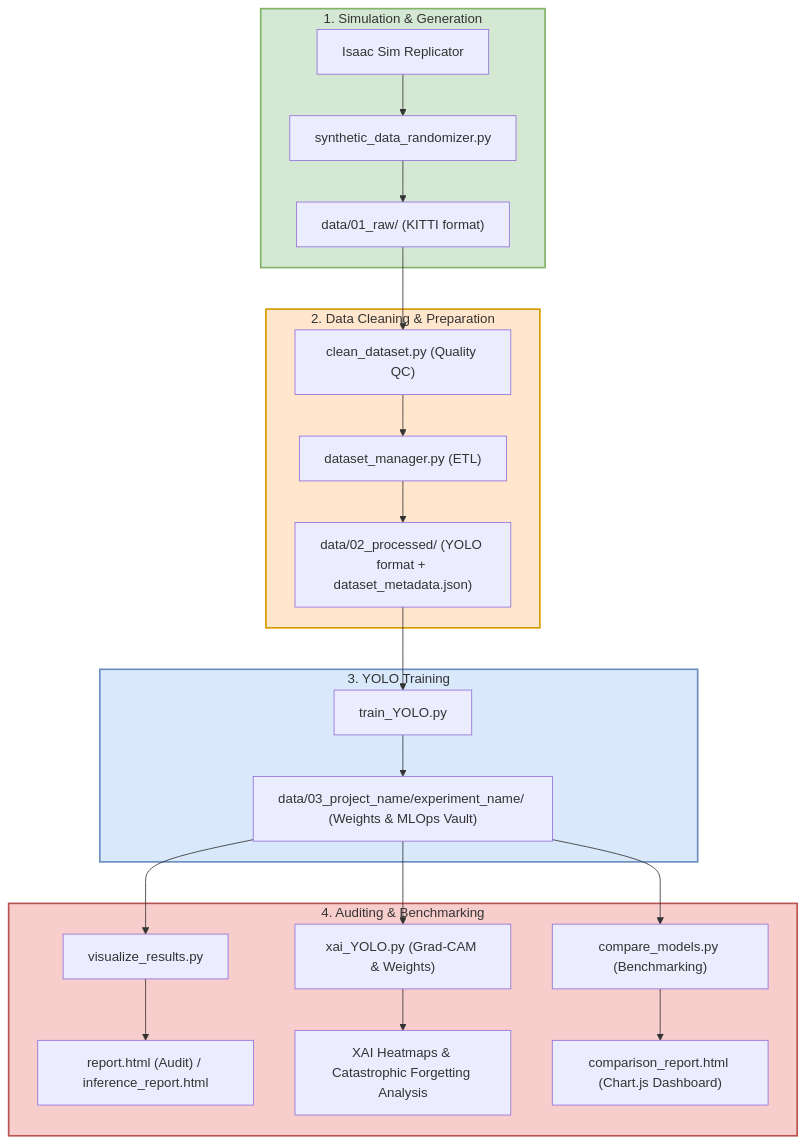
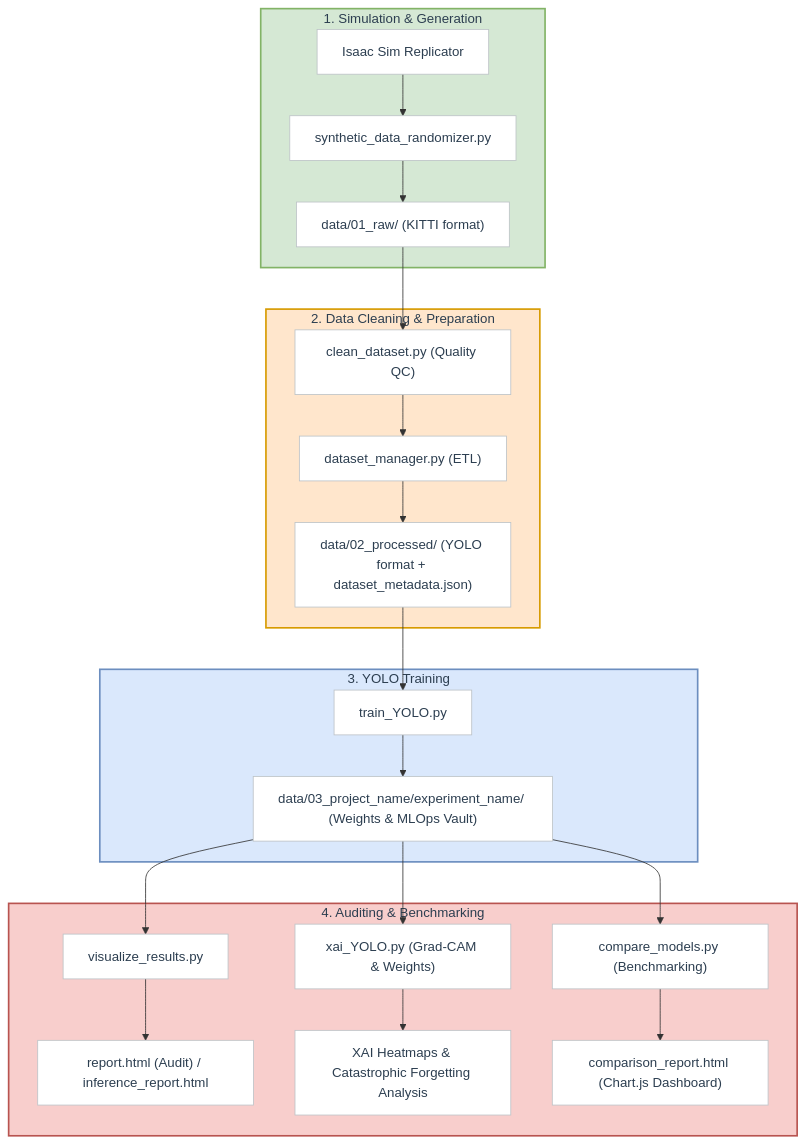
Before and after one commit to IGL5/Sim-to-Real-Isaac-Sim: the diagram in README.md, drawn with Mermaid.

Commit message:
docs: Update README for dark mode visualization

````diff
--- a/README.md
+++ b/README.md
@@ -13,32 +13,34 @@
 ```mermaid
 flowchart TD
+    classDef default color:#2c3e50,fill:#ffffff,stroke:#bdc3c7;
+
     subgraph Simulation [1. Simulation & Generation]
         A["Isaac Sim Replicator"] --> B["synthetic_data_randomizer.py"]
         B --> C["data/01_raw/ (KITTI format)"]
     end
 
     subgraph DataPrep [2. Data Cleaning & Preparation]
         C --> D["clean_dataset.py (Quality QC)"]
         D --> E["dataset_manager.py (ETL)"]
         E --> F["data/02_processed/ (YOLO format + dataset_metadata.json)"]
     end
 
     subgraph Training [3. YOLO Training]
         F --> G["train_YOLO.py"]
         G --> H["data/03_project_name/experiment_name/ (Weights & MLOps Vault)"]
     end
 
     subgraph Evaluation [4. Auditing & Benchmarking]
         H --> I["visualize_results.py"]
         H --> J["xai_YOLO.py (Grad-CAM & Weights)"]
         H --> K["compare_models.py (Benchmarking)"]
         I --> L["report.html (Audit) / inference_report.html"]
         J --> M["XAI Heatmaps & Catastrophic Forgetting Analysis"]
         K --> N["comparison_report.html (Chart.js Dashboard)"]
     end
 
-    style Simulation fill:#d5e8d4,stroke:#82b366,stroke-width:2px
-    style DataPrep fill:#ffe6cc,stroke:#d79b00,stroke-width:2px
-    style Training fill:#dae8fc,stroke:#6c8ebf,stroke-width:2px
-    style Evaluation fill:#f8cecc,stroke:#b85450,stroke-width:2px
+    style Simulation fill:#d5e8d4,stroke:#82b366,stroke-width:2px,color:#2c3e50
+    style DataPrep fill:#ffe6cc,stroke:#d79b00,stroke-width:2px,color:#2c3e50
+    style Training fill:#dae8fc,stroke:#6c8ebf,stroke-width:2px,color:#2c3e50
+    style Evaluation fill:#f8cecc,stroke:#b85450,stroke-width:2px,color:#2c3e50
 ```
````
